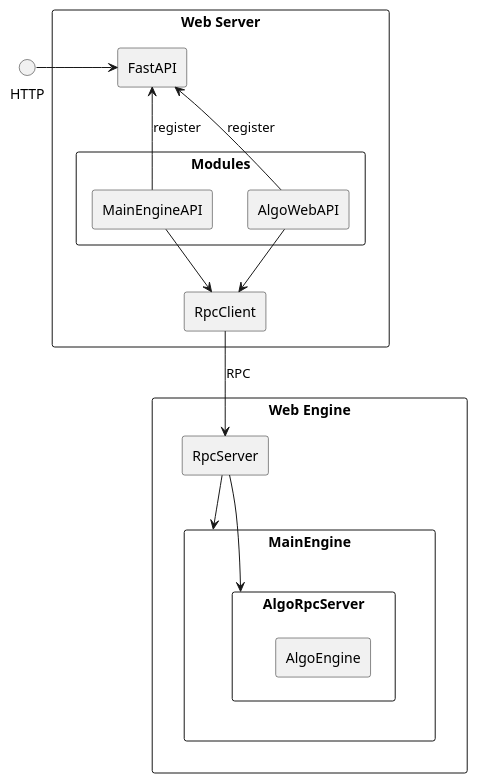
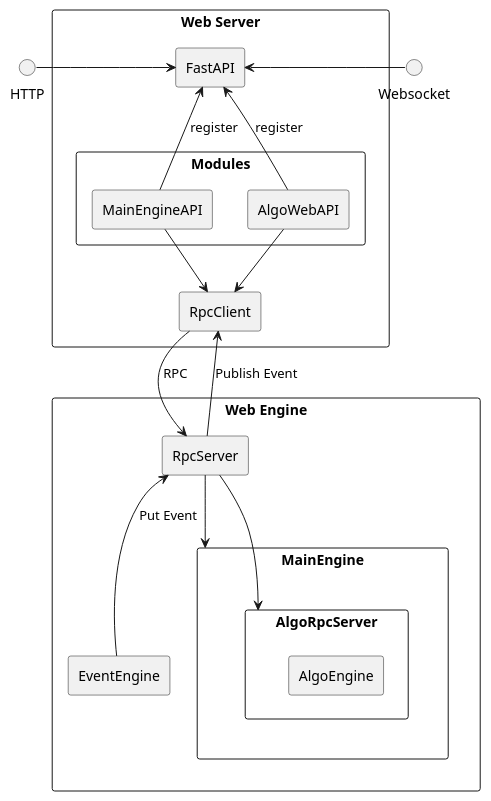
One commit to Milk-T/milk-t-rpc changed the diagram in README.md. Above: the diagram before and after it, drawn with PlantUML. The commit also changed 1 other file, not shown here.

````diff
--- a/README.md
+++ b/README.md
@@ -10,31 +10,35 @@
 ```plantuml
 @startuml
 skinparam componentStyle rectangle
 
 component "Web Server" as web {
     [FastAPI]
     [RpcClient]
     component "Modules" as webmodules {
         [MainEngineAPI] -up-> [FastAPI]: register
         [AlgoWebAPI] -up-> [FastAPI]: register
         [MainEngineAPI] -down-> [RpcClient]
         [AlgoWebAPI] -down-> [RpcClient]
     }
 }
 HTTP -right-> [FastAPI]
+Websocket -right-> [FastAPI]
 
 component "Web Engine" as engine {
     [RpcServer]
     component "MainEngine" as mainengine {
         [RpcServer] -down-> [AlgoRpcServer]
     }
     [RpcServer] -down-> mainengine
 
     component "AlgoRpcServer" {
         [AlgoEngine]
     }
+
+    [EventEngine] -up-> [RpcServer]: "Put Event"
 }
 
 [RpcClient] -down-> [RpcServer]: "RPC"
+[RpcServer] -up-> [RpcClient]: "Publish Event"
 @enduml
 ```
````
